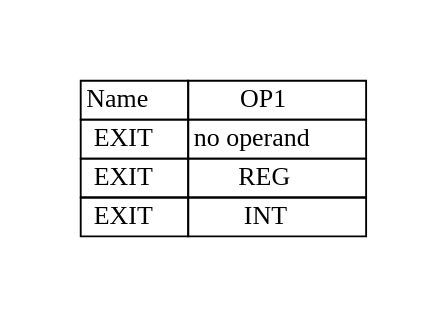
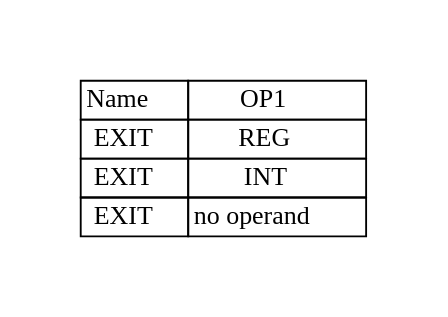
One commit to adesutherland/CREXX changed the diagram in docs/books/crexx_vm_spec/svg/exit.gv. Above: the diagram before and after it, drawn with Graphviz. The commit also changed other lines of this file and 103 other files, not shown here.

```diff
--- a/docs/books/crexx_vm_spec/svg/exit.gv
+++ b/docs/books/crexx_vm_spec/svg/exit.gv
@@ -1,11 +1,11 @@
 digraph{
 graph [pad="0.5", nodesep="0.5", ranksep="2" ]
 node [shape=plain]
 Foo [label=<
 <table border="0" cellborder="1" cellspacing="0">
 <tr><td> Name </td> <td> OP1 </td> </tr>
-<tr><td> EXIT </td><td> no operand </td> </tr>
 <tr><td> EXIT </td><td> REG </td> </tr>
 <tr><td> EXIT </td><td> INT </td> </tr>
+<tr><td> EXIT </td><td> no operand </td> </tr>
 </table>>];
 }
```
